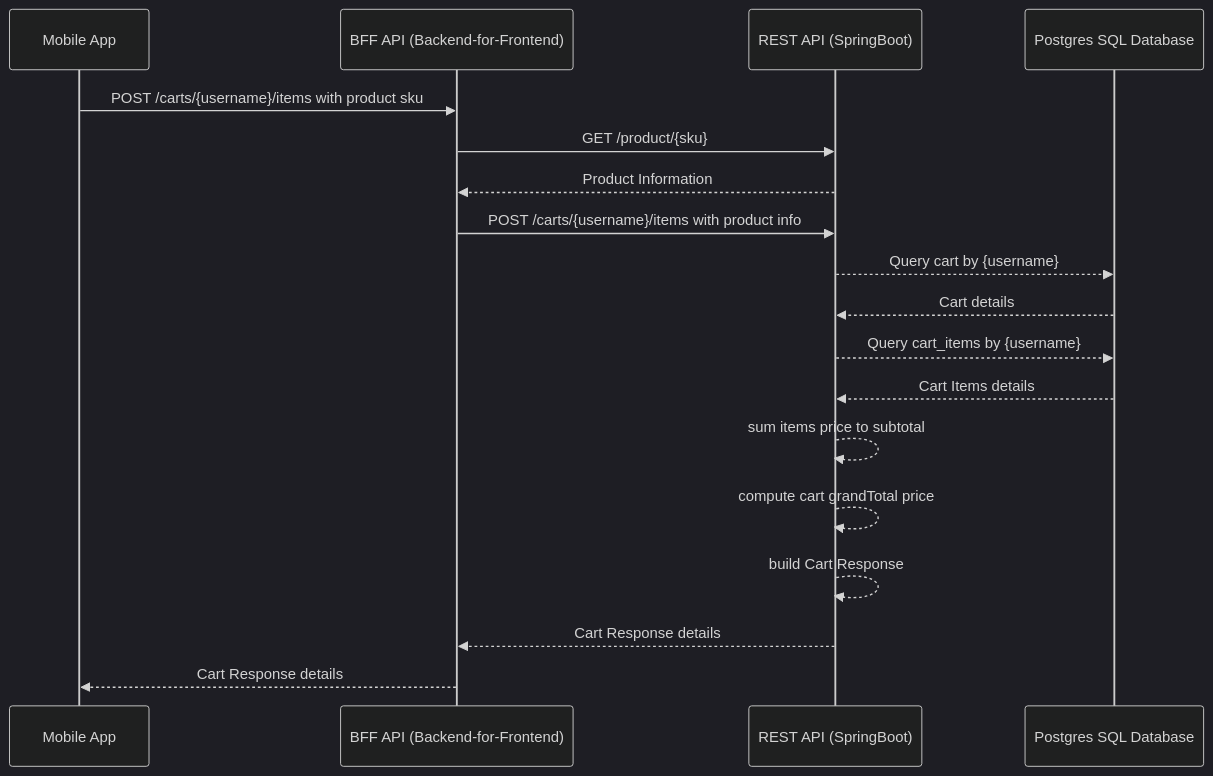
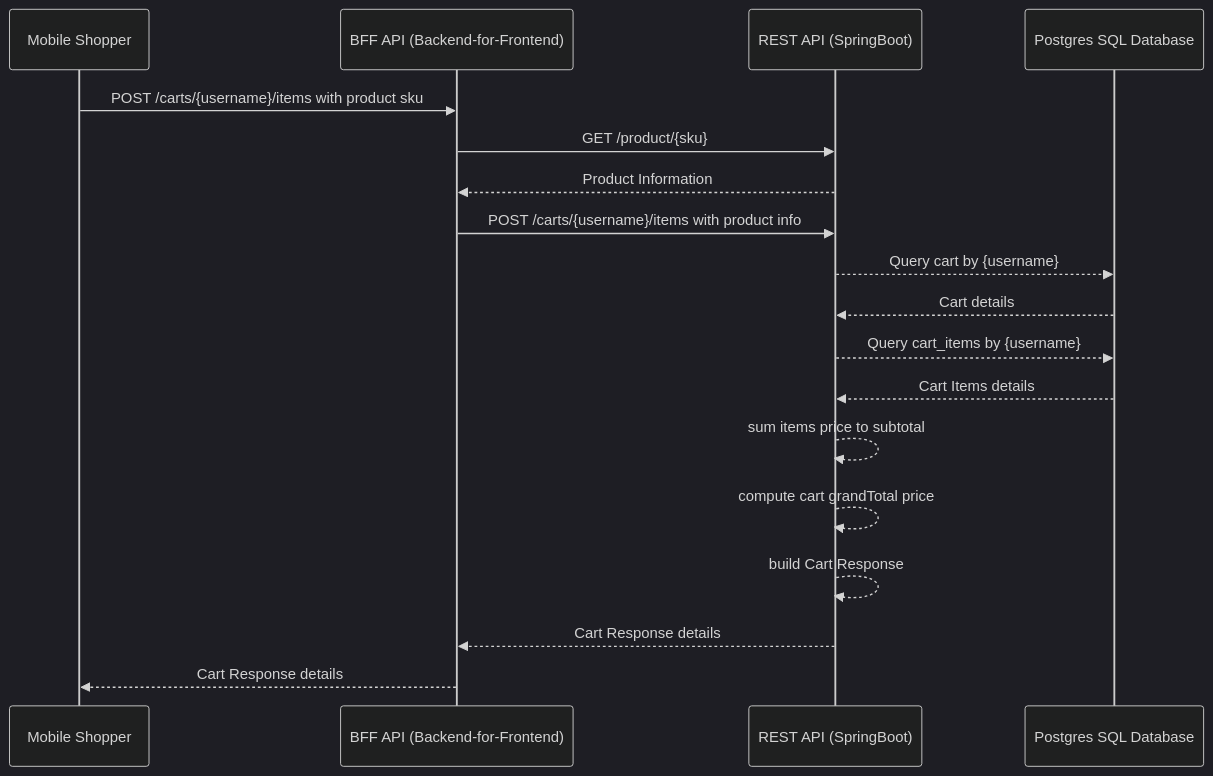
Before and after one commit to KBTG-Kampus-ClassNest-SE-Java/workshop: the second of 4 diagrams in Backlogs.md, drawn with Mermaid (dark theme). The commit also changed other lines of this file, not shown here.

Commit message:
update diagram

````diff
--- a/Backlogs.md
+++ b/Backlogs.md
@@ -491,21 +491,21 @@
 ```mermaid
 sequenceDiagram
-    participant App as Mobile App
+    participant Shopper as Mobile Shopper
     participant BFF as BFF API (Backend-for-Frontend)
     participant API as REST API (SpringBoot)
     participant DB as Postgres SQL Database
 
-    App->>BFF: POST /carts/{username}/items with product sku
+    Shopper->>BFF: POST /carts/{username}/items with product sku
     BFF->>API: GET /product/{sku}
     API-->>BFF: Product Information
     BFF->>API: POST /carts/{username}/items with product info
     API-->>DB: Query cart by {username}
     DB-->>API: Cart details
     API-->>DB: Query cart_items by {username}
     DB-->>API: Cart Items details
     API-->>API: sum items price to subtotal
     API-->>API: compute cart grandTotal price
     API-->>API: build Cart Response
     API-->>BFF: Cart Response details
-    BFF-->>App: Cart Response details
+    BFF-->>Shopper: Cart Response details
 ```
````
